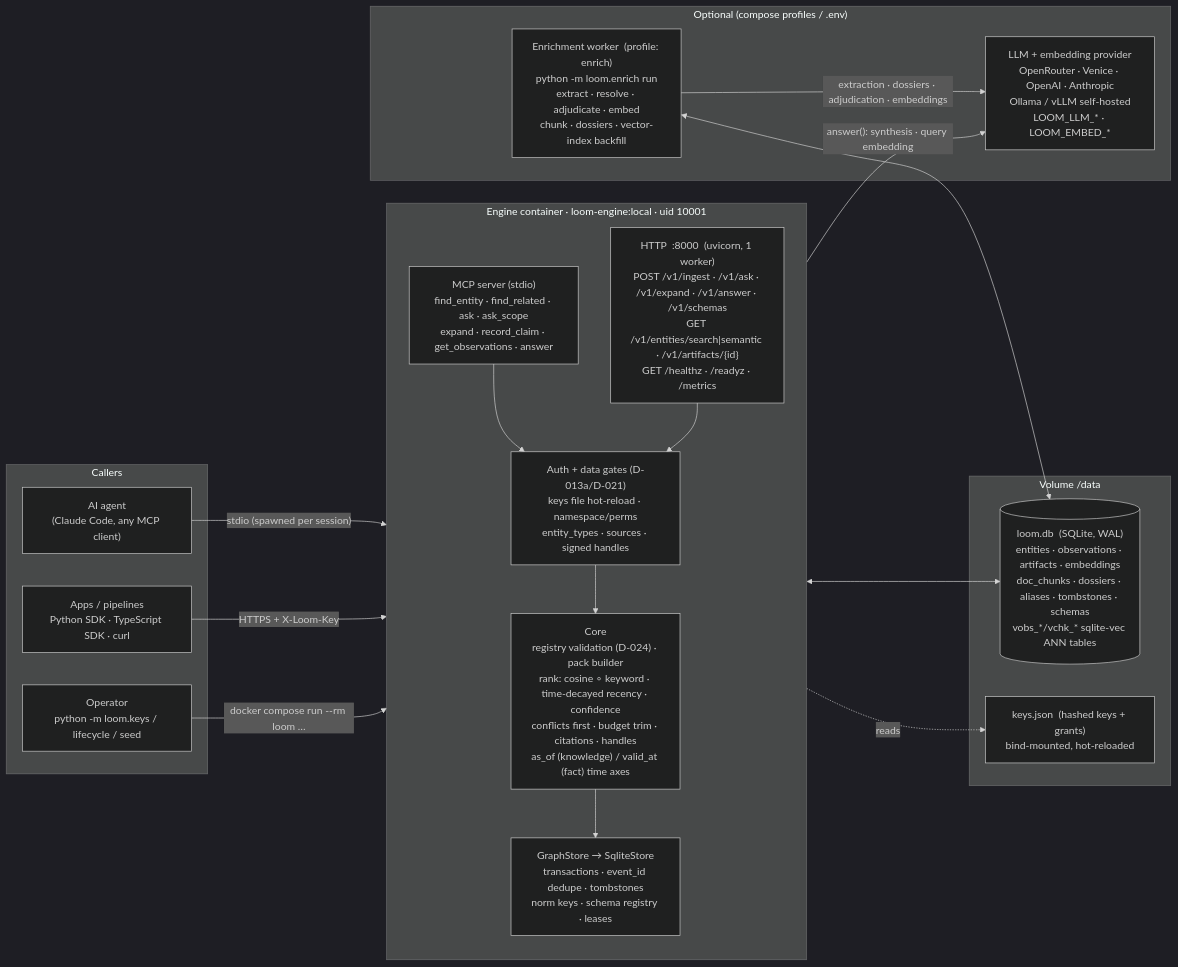
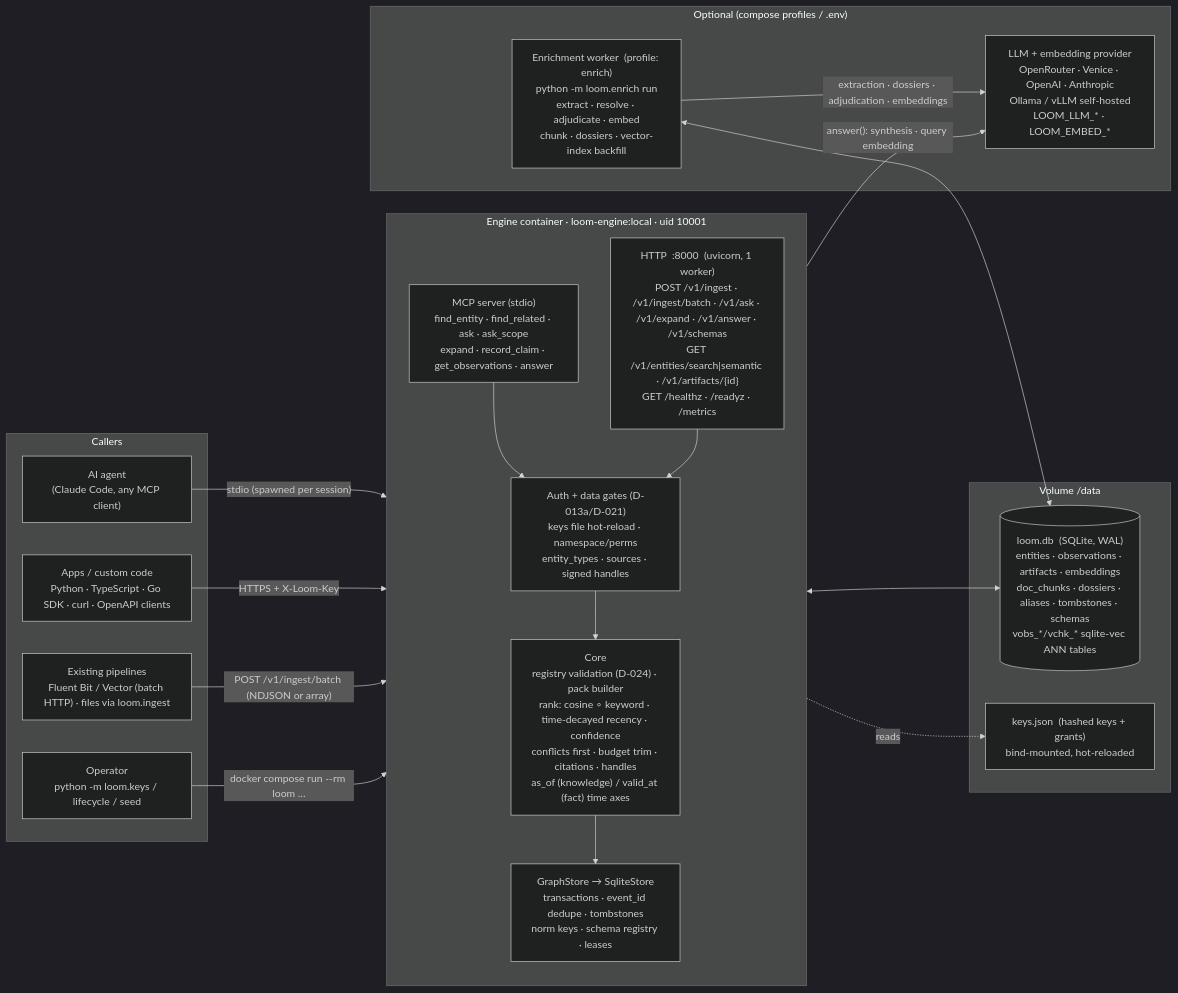
Before and after one commit to seahop/loomctx: the first of 5 diagrams in docs/infrastructure.md, drawn with Mermaid (dark theme). The commit also changed other lines of this file and 8 other files, not shown here.

````diff
--- a/docs/infrastructure.md
+++ b/docs/infrastructure.md
@@ -16,38 +16,40 @@
 ```mermaid
 flowchart LR
     subgraph callers["Callers"]
         agent["AI agent<br/>(Claude Code, any MCP client)"]
-        app["Apps / pipelines<br/>Python SDK · TypeScript SDK · curl"]
+        app["Apps / custom code<br/>Python · TypeScript · Go SDK · curl · OpenAPI clients"]
+        ship["Existing pipelines<br/>Fluent Bit / Vector (batch HTTP) · files via loom.ingest"]
         admin["Operator<br/>python -m loom.keys / lifecycle / seed"]
     end
 
     subgraph engine["Engine container  ·  loom-engine:local  ·  uid 10001"]
         direction TB
         mcp["MCP server (stdio)<br/>find_entity · find_related · ask · ask_scope<br/>expand · record_claim · get_observations · answer"]
-        http["HTTP  :8000  (uvicorn, 1 worker)<br/>POST /v1/ingest · /v1/ask · /v1/expand · /v1/answer · /v1/schemas<br/>GET /v1/entities/search|semantic · /v1/artifacts/{id}<br/>GET /healthz · /readyz · /metrics"]
+        http["HTTP  :8000  (uvicorn, 1 worker)<br/>POST /v1/ingest · /v1/ingest/batch · /v1/ask · /v1/expand · /v1/answer · /v1/schemas<br/>GET /v1/entities/search|semantic · /v1/artifacts/{id}<br/>GET /healthz · /readyz · /metrics"]
         gate["Auth + data gates (D-013a/D-021)<br/>keys file hot-reload · namespace/perms<br/>entity_types · sources · signed handles"]
         core["Core<br/>registry validation (D-024) · pack builder<br/>rank: cosine ∘ keyword · time-decayed recency · confidence<br/>conflicts first · budget trim · citations · handles<br/>as_of (knowledge) / valid_at (fact) time axes"]
         store["GraphStore → SqliteStore<br/>transactions · event_id dedupe · tombstones<br/>norm keys · schema registry · leases"]
         mcp --> gate --> core --> store
         http --> gate
     end
 
     subgraph disk["Volume  /data"]
         db[("loom.db  (SQLite, WAL)<br/>entities · observations · artifacts · embeddings<br/>doc_chunks · dossiers · aliases · tombstones · schemas<br/>vobs_*/vchk_* sqlite-vec ANN tables")]
         keys["keys.json  (hashed keys + grants)<br/>bind-mounted, hot-reloaded"]
     end
 
     subgraph optional["Optional (compose profiles / .env)"]
         worker["Enrichment worker  (profile: enrich)<br/>python -m loom.enrich run<br/>extract · resolve · adjudicate · embed<br/>chunk · dossiers · vector-index backfill"]
         llm["LLM + embedding provider<br/>OpenRouter · Venice · OpenAI · Anthropic<br/>Ollama / vLLM self-hosted<br/>LOOM_LLM_* · LOOM_EMBED_*"]
     end
 
     agent -- "stdio (spawned per session)" --> mcp
     app -- "HTTPS + X-Loom-Key" --> http
+    ship -- "POST /v1/ingest/batch (NDJSON or array)" --> http
     admin -- "docker compose run --rm loom …" --> store
     store <--> db
     gate -. reads .-> keys
     worker <--> db
     worker -- "extraction · dossiers · adjudication · embeddings" --> llm
     core -- "answer(): synthesis · query embedding" --> llm
 ```
````
